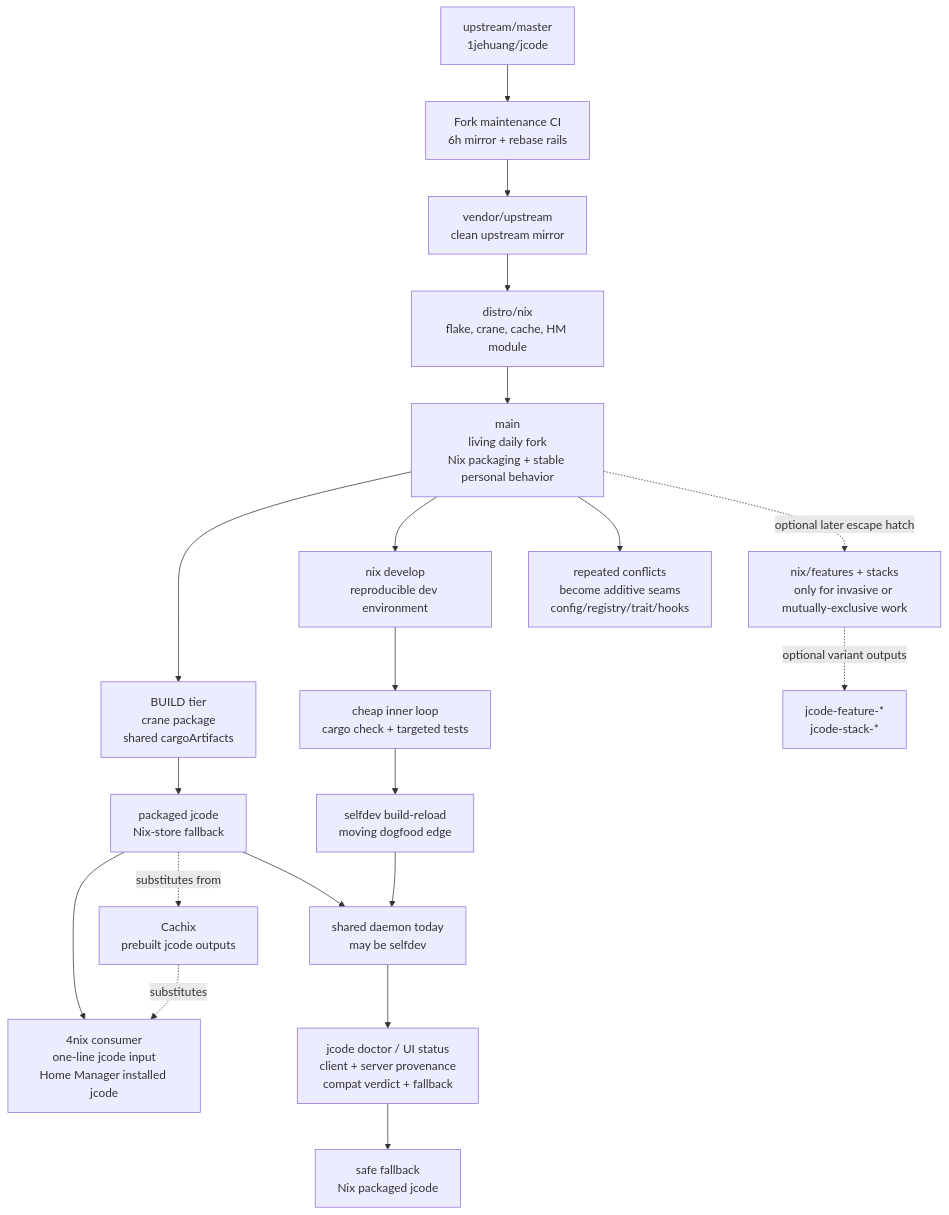
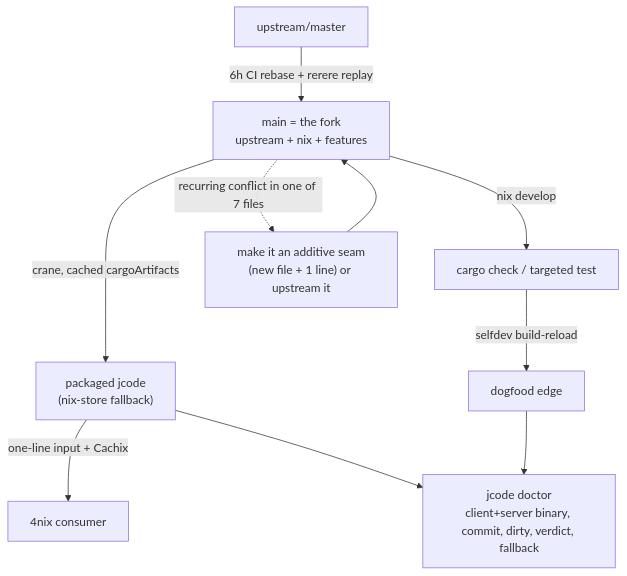
Before and after one commit to jerudnik/jcode: the diagram in docs/architecture/FORK_SUSTAINABILITY_MODEL.md, drawn with Mermaid. The commit also changed other lines of this file and 1 other file, not shown here.

First line of the commit message:
docs(architecture): cut fork model to rerere + additive seams + doctor

````diff
--- a/docs/architecture/FORK_SUSTAINABILITY_MODEL.md
+++ b/docs/architecture/FORK_SUSTAINABILITY_MODEL.md
@@ -398,26 +158,12 @@
 ```mermaid
 flowchart TD
-  U["upstream/master\n1jehuang/jcode"] --> CI["Fork maintenance CI\n6h mirror + rebase rails"]
-  CI --> V["vendor/upstream\nclean upstream mirror"]
-  V --> D["distro/nix\nflake, crane, cache, HM module"]
-  D --> M["main\nliving daily fork\nNix packaging + stable personal behavior"]
-
-  M --> B["BUILD tier\ncrane package\nshared cargoArtifacts"]
-  B --> P["packaged jcode\nNix-store fallback"]
-  P --> N4["4nix consumer\none-line jcode input\nHome Manager installed jcode"]
-  P -. substitutes from .-> Cache["Cachix\nprebuilt jcode outputs"]
-  Cache -. substitutes .-> N4
-
-  M --> Dev["nix develop\nreproducible dev environment"]
-  Dev --> Cargo["cheap inner loop\ncargo check + targeted tests"]
-  Cargo --> SD["selfdev build-reload\nmoving dogfood edge"]
-  SD --> Daemon["shared daemon today\nmay be selfdev"]
-  P --> Daemon
-
-  Daemon --> Doctor["jcode doctor / UI status\nclient + server provenance\ncompat verdict + fallback"]
-  Doctor --> Safe["safe fallback\nNix packaged jcode"]
-
-  M --> Seam["repeated conflicts\nbecome additive seams\nconfig/registry/trait/hooks"]
-  M -. optional later escape hatch .-> F["nix/features + stacks\nonly for invasive or mutually-exclusive work"]
-  F -. optional variant outputs .-> X["jcode-feature-*\njcode-stack-*"]
+  U["upstream/master"] -->|6h CI rebase + rerere replay| M["main = the fork\nupstream + nix + features"]
+  M -->|crane, cached cargoArtifacts| P["packaged jcode\n(nix-store fallback)"]
+  P -->|one-line input + Cachix| N4["4nix consumer"]
+  M -->|nix develop| Dev["cargo check / targeted test"]
+  Dev -->|selfdev build-reload| Edge["dogfood edge"]
+  P --> Doctor["jcode doctor\nclient+server binary, commit, dirty, verdict, fallback"]
+  Edge --> Doctor
+  M -. recurring conflict in one of 7 files .-> Seam["make it an additive seam\n(new file + 1 line) or upstream it"]
+  Seam --> M
 ```
````
